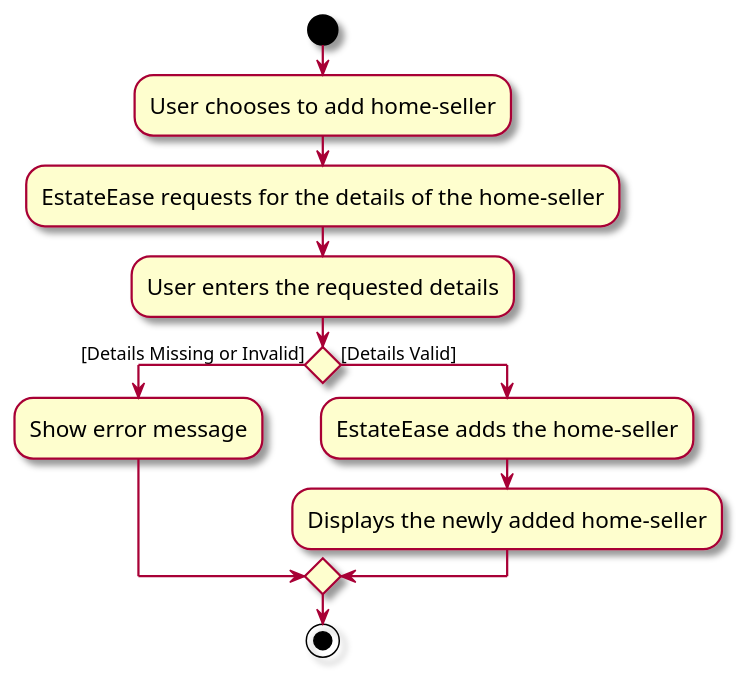
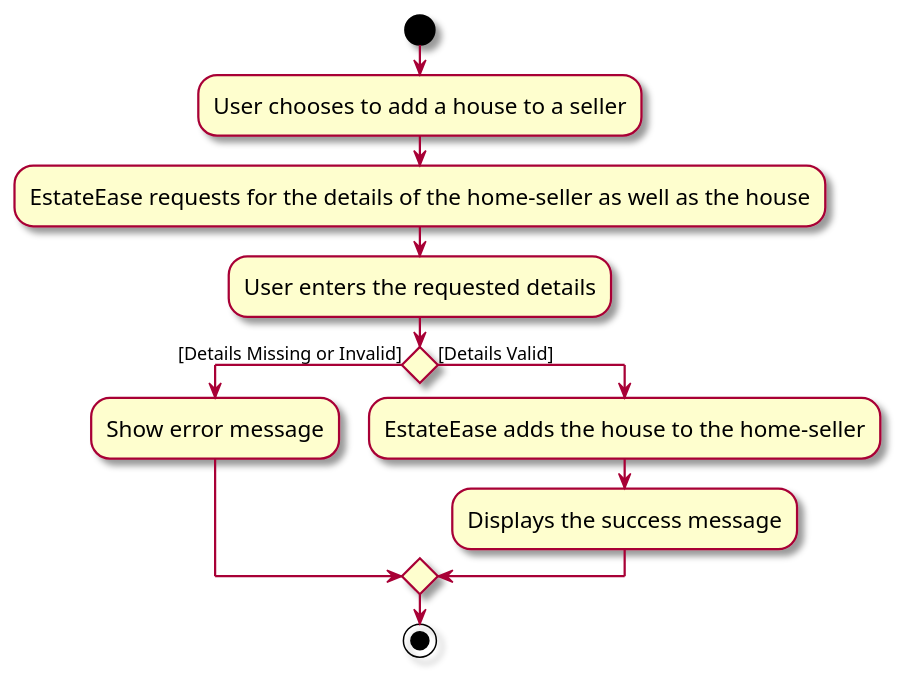
Before and after one commit to lokidoki102/tp: the diagram in docs/diagrams/AddSellerActivityDiagram.puml, drawn with PlantUML. The commit also changed 7 other files, not shown here.

Commit message:
Add House Command PUML diagram

```diff
--- a/docs/diagrams/AddSellerActivityDiagram.puml
+++ b/docs/diagrams/AddSellerActivityDiagram.puml
@@ -1,18 +1,18 @@
 @startuml
 skin rose
 skinparam ActivityFontSize 15
 skinparam ArrowFontSize 12
 start
-:User chooses to add home-seller;
-:EstateEase requests for the details of the home-seller;
+:User chooses to add a house to a seller;
+:EstateEase requests for the details of the home-seller as well as the house;
 :User enters the requested details;
 
 if () then ([Details Missing or Invalid])
     :Show error message;
 else ([Details Valid])
-    :EstateEase adds the home-seller;
-    :Displays the newly added home-seller;
+    :EstateEase adds the house to the home-seller;
+    :Displays the success message;
 endif
 
 stop
 @enduml
```
